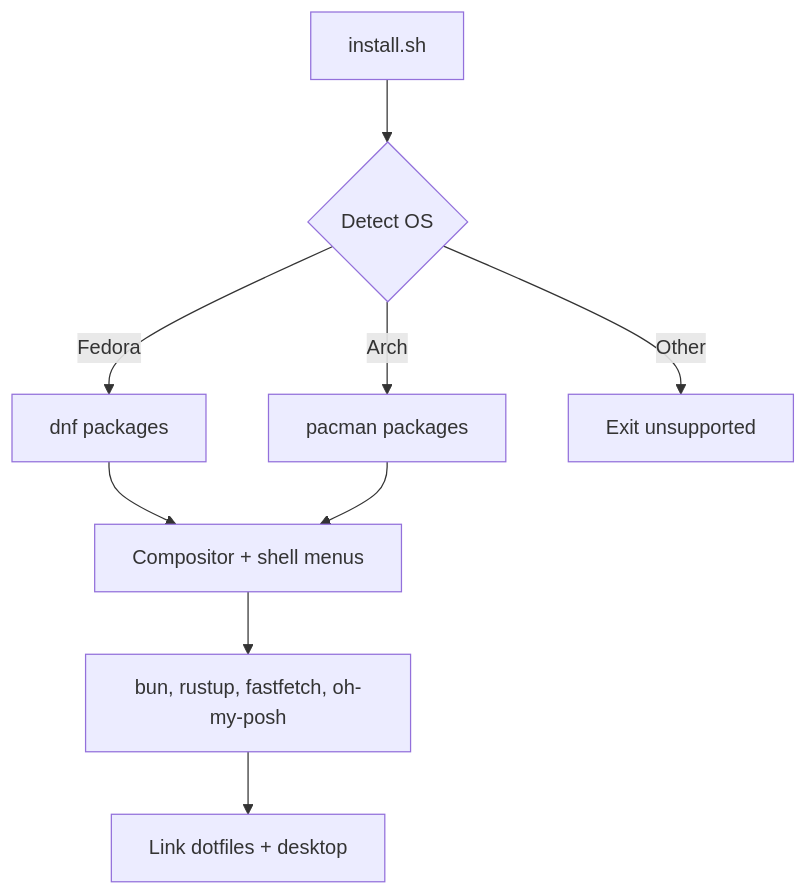
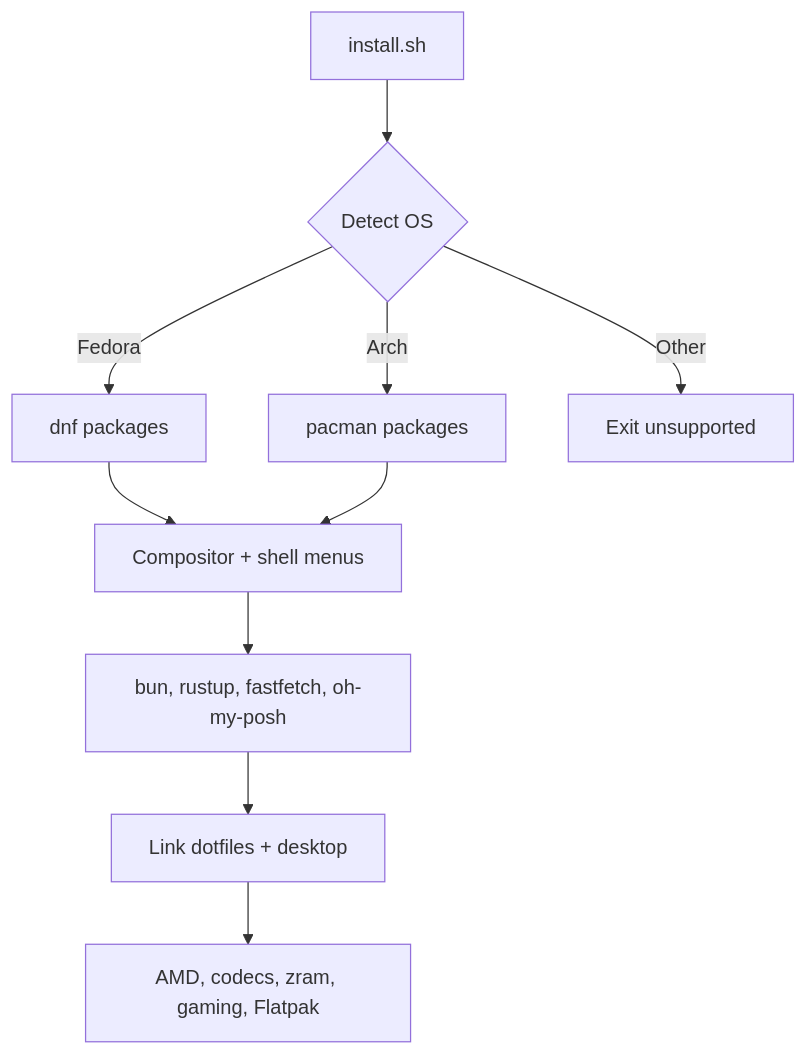
The diagram in README.md (kmfd14/myeow-linux-config), drawn with Mermaid before and after one commit. The commit also changed other lines of this file and 1 other file, not shown here.

Commit message:
feat: add AMD GPU, codecs, gaming, and Flatpak app installs

````diff
--- a/README.md
+++ b/README.md
@@ -61,11 +66,12 @@
 ```mermaid
 flowchart TD
   start["install.sh"] --> os{"Detect OS"}
   os -->|Fedora| fedora["dnf packages"]
   os -->|Arch| arch["pacman packages"]
   os -->|Other| fail["Exit unsupported"]
   fedora --> menu["Compositor + shell menus"]
   arch --> menu
   menu --> tools["bun, rustup, fastfetch, oh-my-posh"]
   tools --> links["Link dotfiles + desktop"]
+  links --> extras["AMD, codecs, zram, gaming, Flatpak"]
 ```
````
